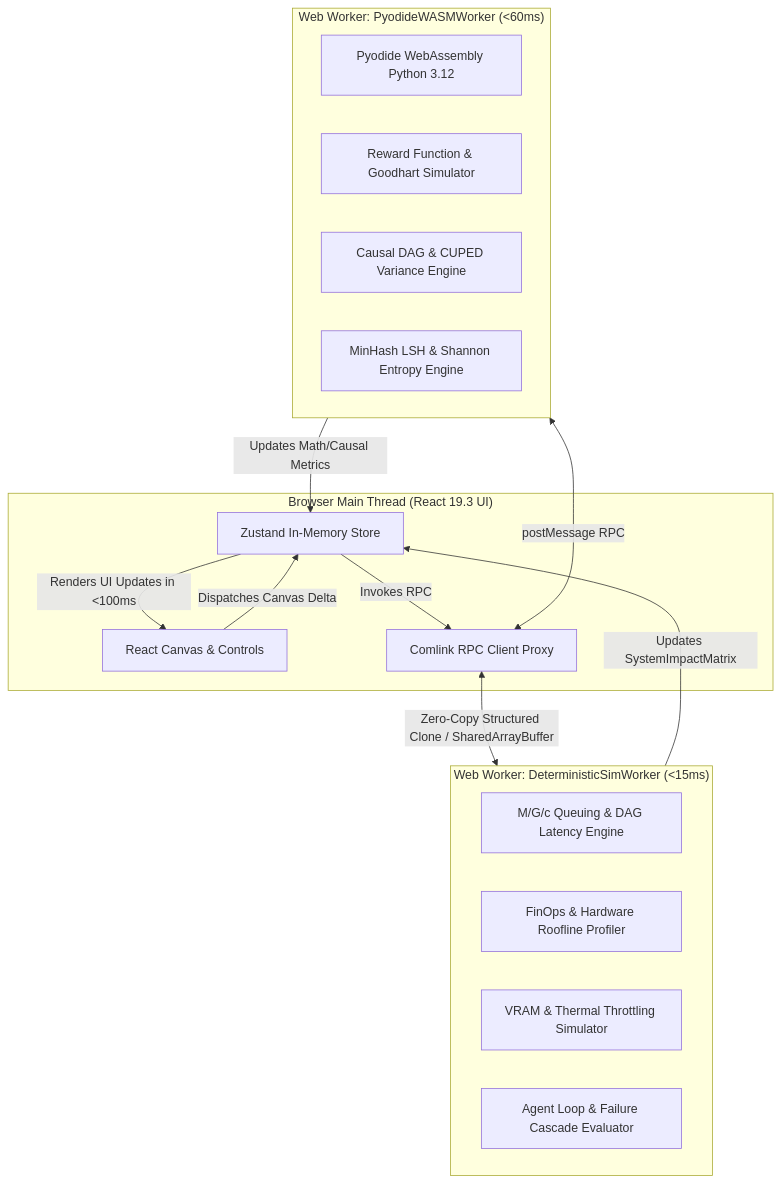
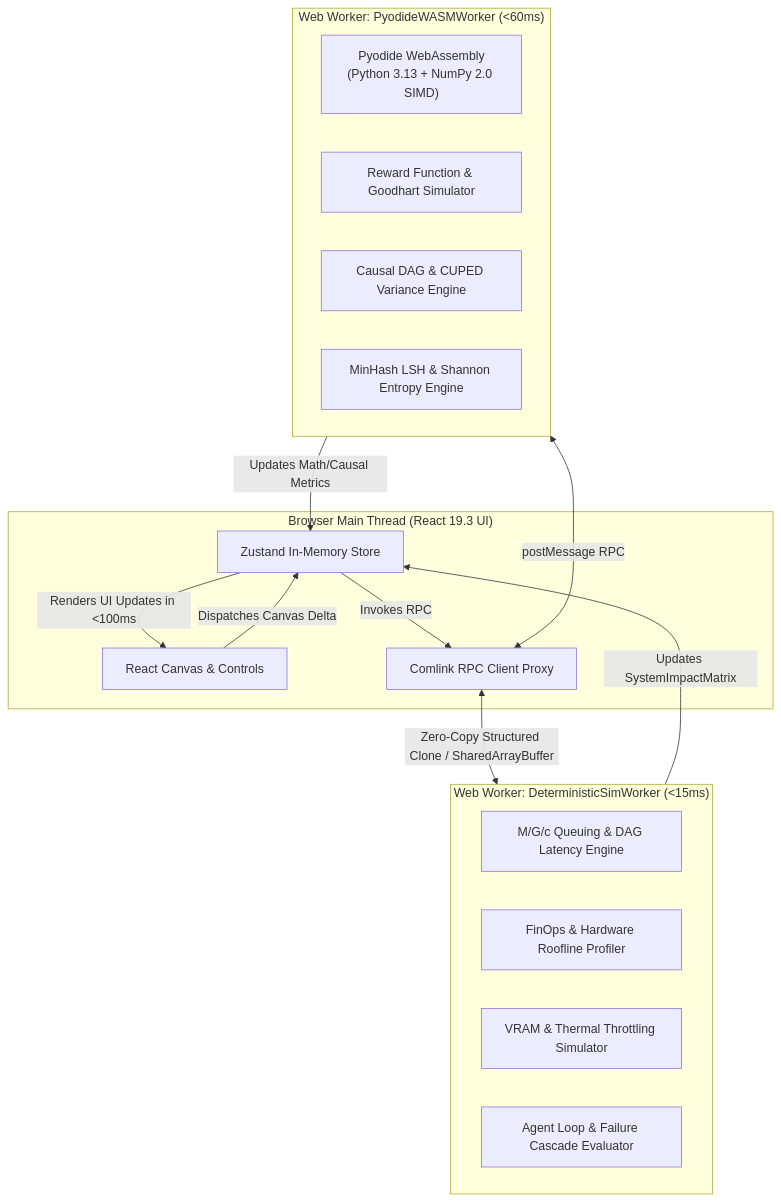
The first of 4 diagrams in documentation/design/detailed/03_deterministic_simulation_and_worker_engine.md (Strider221B/ml-sys-design), drawn with Mermaid before and after one commit. The commit also changed other lines of this file and 7 other files, not shown here.

````diff
--- a/documentation/design/detailed/03_deterministic_simulation_and_worker_engine.md
+++ b/documentation/design/detailed/03_deterministic_simulation_and_worker_engine.md
@@ -16,30 +16,30 @@
 ```mermaid
 graph TB
     subgraph Main_Thread["Browser Main Thread (React 19.3 UI)"]
         UI["React Canvas & Controls"]
         Store["Zustand In-Memory Store"]
         ComlinkClient["Comlink RPC Client Proxy"]
     end
 
     subgraph Worker_Thread_1["Web Worker: DeterministicSimWorker (<15ms)"]
         QueuingEngine["M/G/c Queuing & DAG Latency Engine"]
         FinOpsEngine["FinOps & Hardware Roofline Profiler"]
         QuantEngine["VRAM & Thermal Throttling Simulator"]
         ChaosSim["Agent Loop & Failure Cascade Evaluator"]
     end
 
     subgraph Worker_Thread_2["Web Worker: PyodideWASMWorker (<60ms)"]
-        PyodideCore["Pyodide WebAssembly Python 3.12"]
+        PyodideCore["Pyodide WebAssembly\n(Python 3.13 + NumPy 2.0 SIMD)"]
         RewardSandbox["Reward Function & Goodhart Simulator"]
         CausalEngine["Causal DAG & CUPED Variance Engine"]
         EntropyAuditor["MinHash LSH & Shannon Entropy Engine"]
     end
 
     UI -->|Dispatches Canvas Delta| Store
     Store -->|Invokes RPC| ComlinkClient
     ComlinkClient <-->|Zero-Copy Structured Clone / SharedArrayBuffer| Worker_Thread_1
     ComlinkClient <-->|postMessage RPC| Worker_Thread_2
     Worker_Thread_1 -->|Updates SystemImpactMatrix| Store
     Worker_Thread_2 -->|Updates Math/Causal Metrics| Store
     Store -->|Renders UI Updates in <100ms| UI
 ```
````
